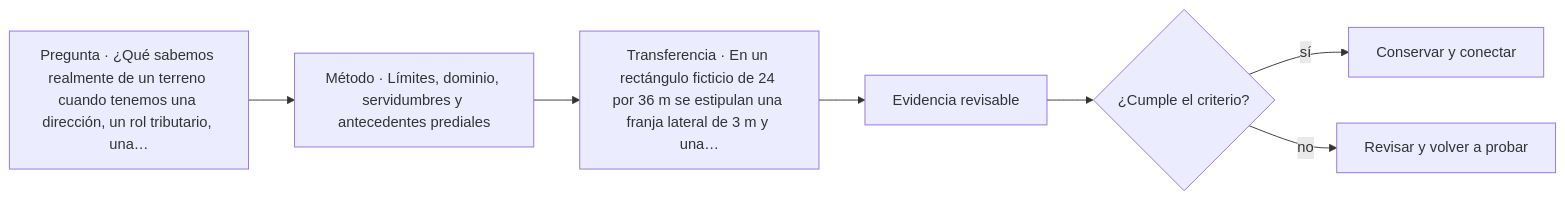
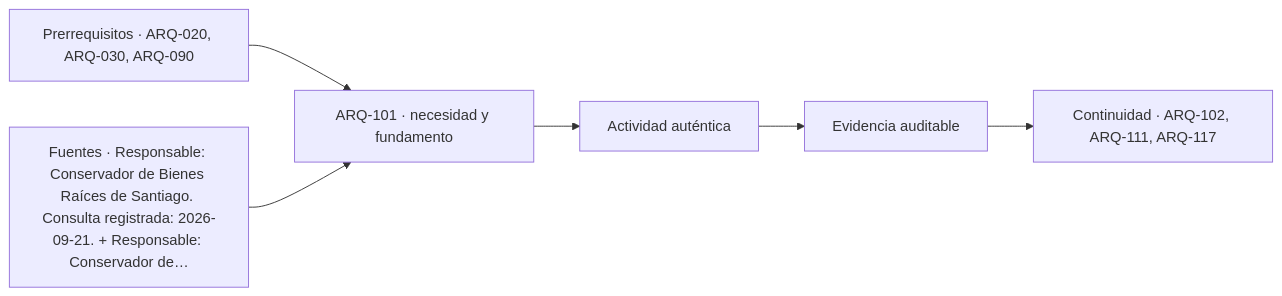
Before and after one commit to vladimiracunadev-create/architecture-built-environment-learning-program: the diagram in classes/parte-11/ARQ-101.md, drawn with Mermaid. The commit also changed other lines of this file and 761 other files, not shown here.

````diff
--- a/classes/parte-11/ARQ-101.md
+++ b/classes/parte-11/ARQ-101.md
@@ -146,9 +158,8 @@
 ```mermaid
 flowchart LR
-    Q["Pregunta · ¿Qué sabemos realmente de un terreno cuando tenemos una dirección, un rol tributario, una…"] --> M["Método · Límites, dominio, servidumbres y antecedentes prediales"]
-    M --> P["Transferencia · En un rectángulo ficticio de 24 por 36 m se estipulan una franja lateral de 3 m y una…"]
-    P --> E["Evidencia revisable"]
-    E --> C{"¿Cumple el criterio?"}
-    C -->|sí| T["Conservar y conectar"]
-    C -->|no| R["Revisar y volver a probar"]
+    A["Prerrequisitos · ARQ-020, ARQ-030, ARQ-090"] --> B["ARQ-101 · necesidad y fundamento"]
+    S["Fuentes · Responsable: Conservador de Bienes Raíces de Santiago. Consulta registrada: 2026-09-21. + Responsable: Conservador de…"] --> B
+    B --> C["Actividad auténtica"]
+    C --> D["Evidencia auditable"]
+    D --> E["Continuidad · ARQ-102, ARQ-111, ARQ-117"]
 ```
````
